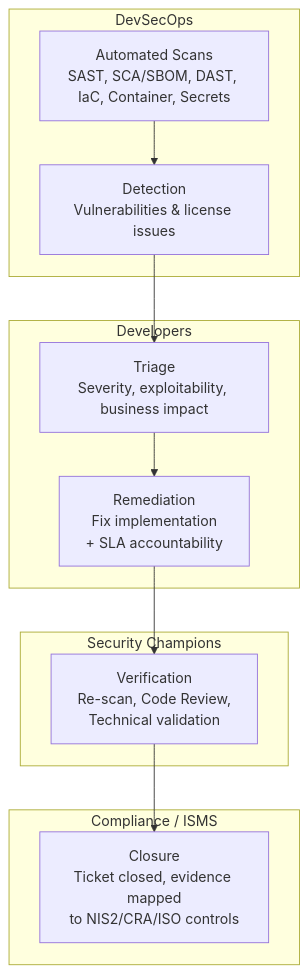
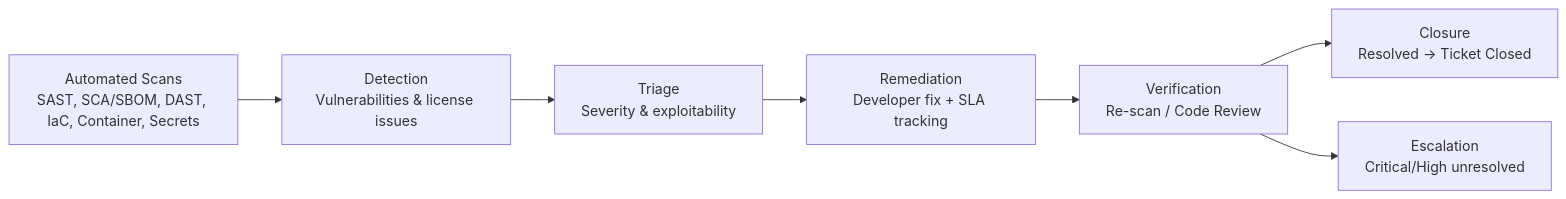
Before and after one commit to Mynkskhr/Mapping: the second of 2 diagrams in inDev.md, drawn with Mermaid.

````diff
--- a/inDev.md
+++ b/inDev.md
@@ -20,27 +20,17 @@
 ```mermaid
 
-flowchart TB
+flowchart LR
 
-    %% Lanes
-    subgraph DevSecOps[DevSecOps]
-        A[Automated Scans<br>SAST, SCA/SBOM, DAST, IaC, Container, Secrets]
-        B[Detection<br>Vulnerabilities & license issues]
-    end
+    A[Automated Scans<br>SAST, SCA/SBOM, DAST, IaC, Container, Secrets]
+    B[Detection<br>Vulnerabilities & license issues]
+    C[Triage<br>Severity & exploitability]
+    D[Remediation<br>Developer fix + SLA tracking]
+    E[Verification<br>Re-scan / Code Review]
+    F[Closure<br>Resolved → Ticket Closed]
+    G[Escalation<br>Critical/High unresolved]
 
-    subgraph Developers[Developers]
-        C[Triage<br>Severity, exploitability, business impact]
-        D[Remediation<br>Fix implementation<br>+ SLA accountability]
-    end
+    A --> B --> C --> D --> E --> F
+    E --> G
 
-    subgraph SecurityChampions[Security Champions]
-        E[Verification<br>Re-scan, Code Review,<br>Technical validation]
-    end
-
-    subgraph Compliance[Compliance / ISMS]
-        F[Closure<br>Ticket closed, evidence mapped<br>to NIS2/CRA/ISO controls]
-    end
-
-    %% Flows
-    A --> B --> C --> D --> E --> F
 
 ```
````
